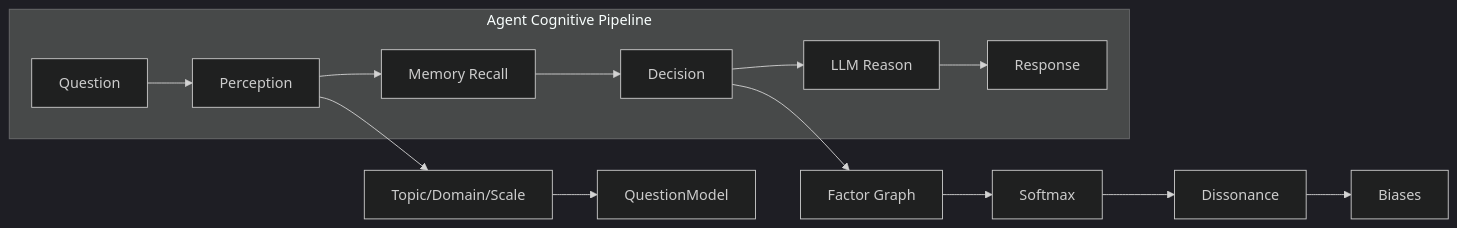
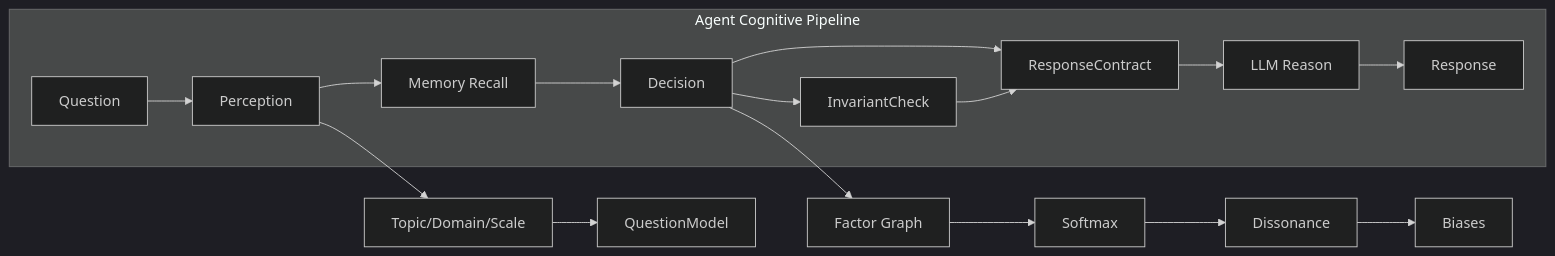
One commit to Shubhankar9934/Socio_Sim_AI changed the third of 5 diagrams in docs/architecture.md. Above: the diagram before and after it, drawn with Mermaid (dark theme). The commit also changed other lines of this file and 132 other files, not shown here.

````diff
--- a/docs/architecture.md
+++ b/docs/architecture.md
@@ -156,17 +179,20 @@
 ```mermaid
 flowchart LR
     subgraph cognitivePipeline [Agent Cognitive Pipeline]
         A[Question] --> B[Perception]
         B --> C[Memory Recall]
         C --> D[Decision]
-        D --> E[LLM Reason]
+        D --> Dc[ResponseContract]
+        Dc --> E[LLM Reason]
         E --> F[Response]
+        D --> Inv[InvariantCheck]
+        Inv --> Dc
     end
 
     B --> B1[Topic/Domain/Scale]
     B1 --> B2[QuestionModel]
     D --> D1[Factor Graph]
     D1 --> D2[Softmax]
     D2 --> D3[Dissonance]
     D3 --> D4[Biases]
 ```
````
